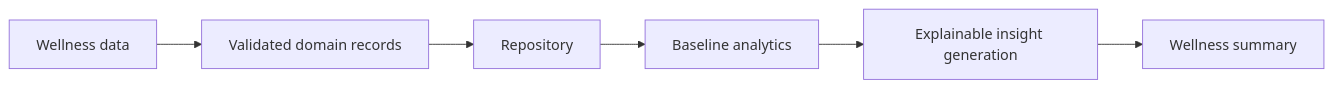
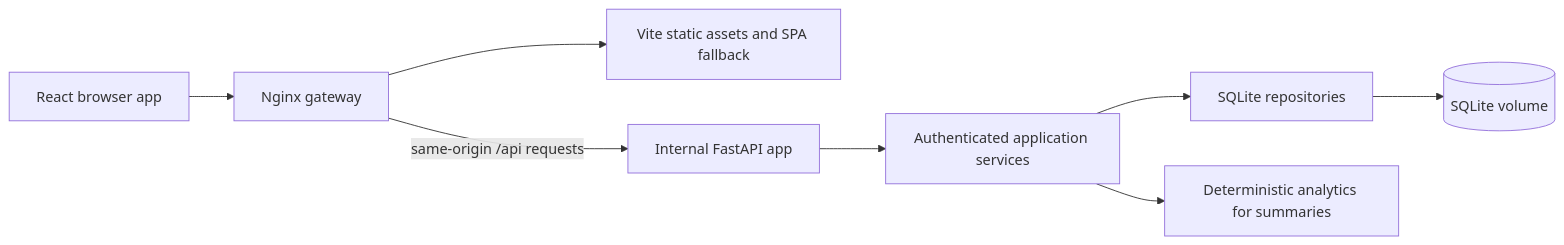
One commit to JervisAnthony/lifelenz-ai changed the first of 2 diagrams in docs/architecture.md. Above: the diagram before and after it, drawn with Mermaid. The commit also changed other lines of this file and 3 other files, not shown here.

First line of the commit message:
docs: align MVP1 architecture and product scope (#54)

````diff
--- a/docs/architecture.md
+++ b/docs/architecture.md
@@ -66,8 +14,10 @@
 ```mermaid
 flowchart LR
-    A[Wellness data] --> B[Validated domain records]
-    B --> C[Repository]
-    C --> D[Baseline analytics]
-    D --> E[Explainable insight generation]
-    E --> F[Wellness summary]
+    Browser[React browser app] --> Gateway[Nginx gateway]
+    Gateway --> Assets[Vite static assets and SPA fallback]
+    Gateway -->|same-origin /api requests| API[Internal FastAPI app]
+    API --> Services[Authenticated application services]
+    Services --> Repositories[SQLite repositories]
+    Repositories --> Database[(SQLite volume)]
+    Services --> Analytics[Deterministic analytics for summaries]
 ```
````
